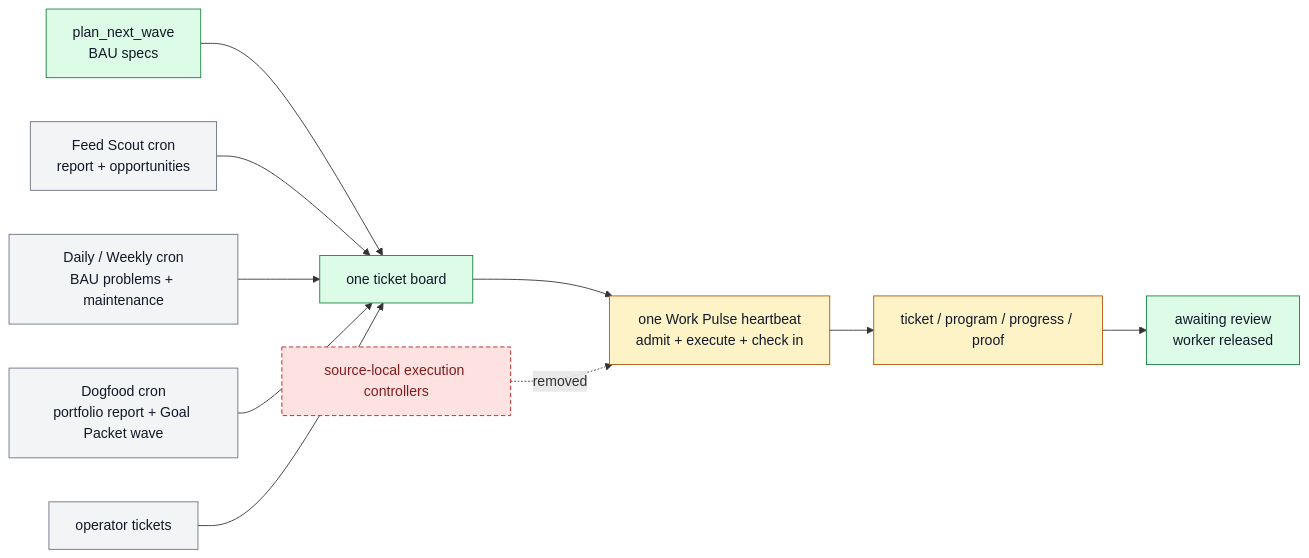
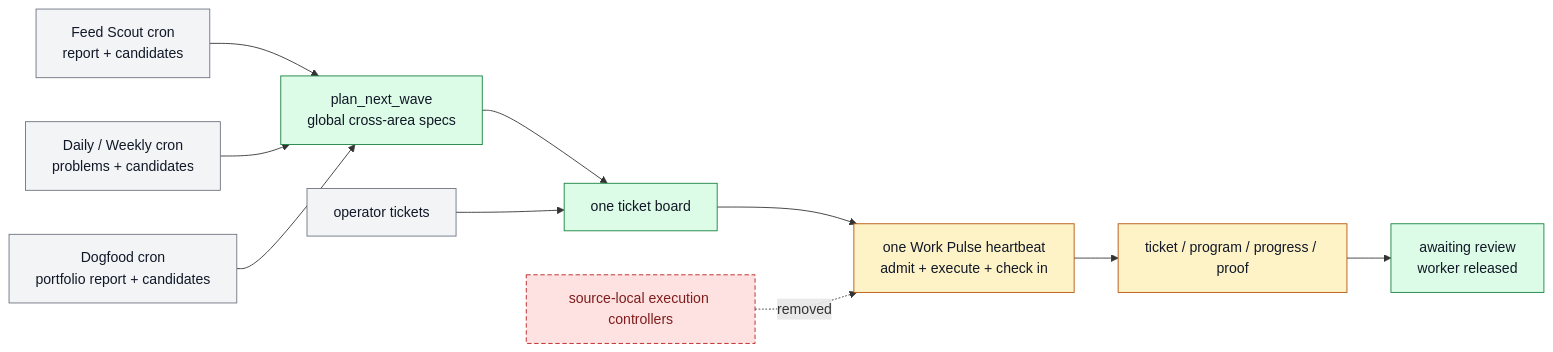
The diagram in docs/farplane-framework/pulse-and-interval-loop.md (ZanarkandTechnologies/Farplane), drawn with Mermaid before and after one commit. The commit also changed other lines of this file and 45 other files, not shown here.

````diff
--- a/docs/farplane-framework/pulse-and-interval-loop.md
+++ b/docs/farplane-framework/pulse-and-interval-loop.md
@@ -69,26 +72,26 @@
 ```mermaid
 flowchart LR
   classDef keep fill:#f3f4f6,stroke:#6b7280,color:#111827
   classDef changed fill:#fef3c7,stroke:#b45309,color:#111827
   classDef added fill:#dcfce7,stroke:#15803d,color:#111827
   classDef retired fill:#fee2e2,stroke:#b91c1c,color:#7f1d1d,stroke-dasharray: 5 3
 
-  planner["plan_next_wave<br/>BAU specs"]:::added
-  feed["Feed Scout cron<br/>report + opportunities"]:::keep
-  interval["Daily / Weekly cron<br/>BAU problems + maintenance"]:::keep
-  dogfood["Dogfood cron<br/>portfolio report + Goal Packet wave"]:::keep
+  planner["plan_next_wave<br/>global cross-area specs"]:::added
+  feed["Feed Scout cron<br/>report + candidates"]:::keep
+  interval["Daily / Weekly cron<br/>problems + candidates"]:::keep
+  dogfood["Dogfood cron<br/>portfolio report + candidates"]:::keep
   operator["operator tickets"]:::keep
   board["one ticket board"]:::added
   pulse["one Work Pulse heartbeat<br/>admit + execute + check in"]:::changed
   worker["ticket / program / progress / proof"]:::changed
   review["awaiting review<br/>worker released"]:::added
   controllers["source-local execution controllers"]:::retired
 
+  feed --> planner
+  interval --> planner
+  dogfood --> planner
   planner --> board
-  feed --> board
-  interval --> board
-  dogfood --> board
   operator --> board
   board --> pulse --> worker --> review
   controllers -. removed .-> pulse
 ```
````
